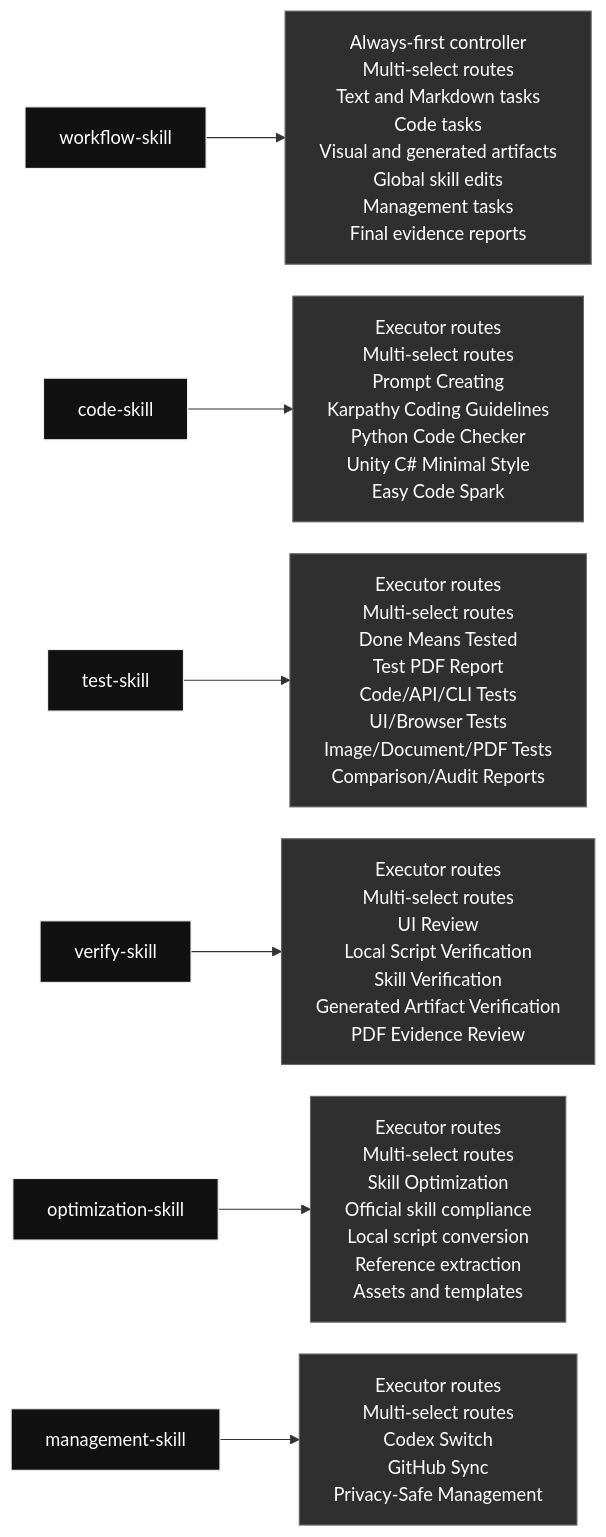
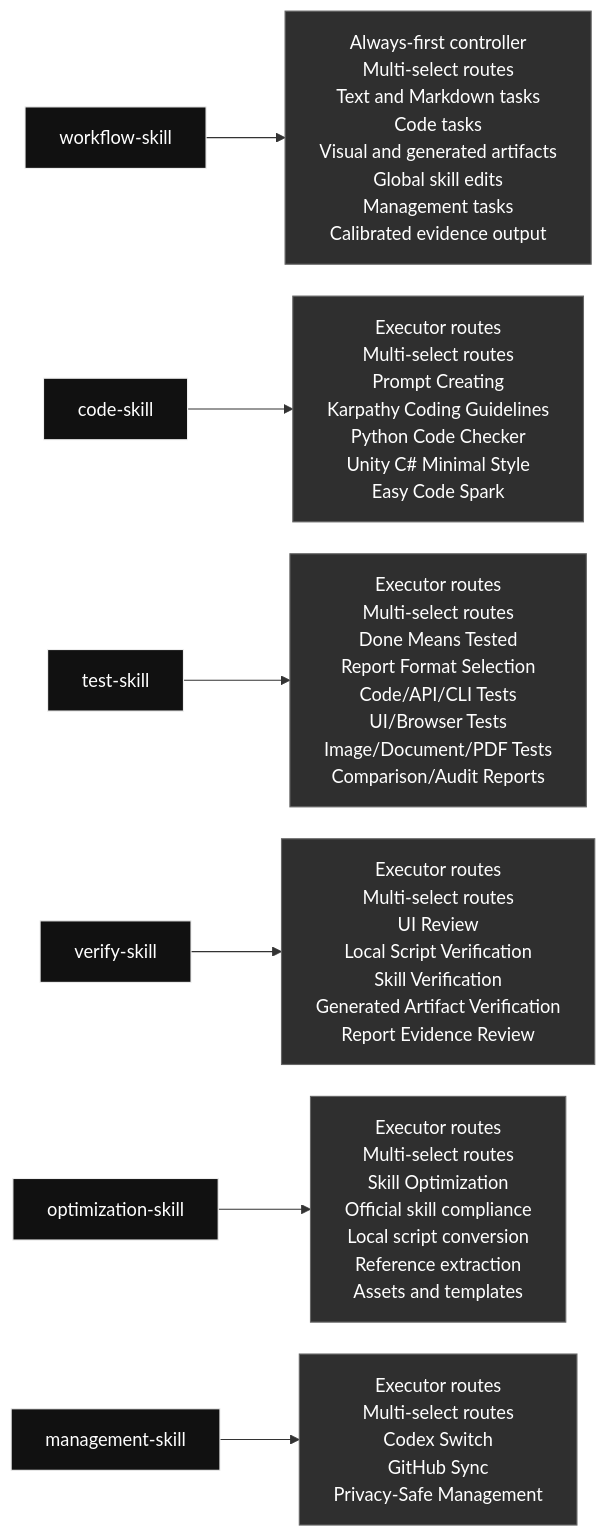
The diagram in README.md (qinbatista/qin-codex-skills), drawn with Mermaid before and after one commit. The commit also changed other lines of this file and 9 other files, not shown here.

Commit message:
Calibrate report artifact generation

````diff
--- a/README.md
+++ b/README.md
@@ -7,14 +7,14 @@
 ```mermaid
 %%{init: {"flowchart": {"nodeSpacing": 28, "rankSpacing": 54, "wrappingWidth": 240}}}%%
 flowchart LR
-  skill_workflow_skill["workflow-skill"] --> inside_workflow_skill["Always-first controller<br/>Multi-select routes<br/>Text and Markdown tasks<br/>Code tasks<br/>Visual and generated artifacts<br/>Global skill edits<br/>Management tasks<br/>Final evidence reports"]
+  skill_workflow_skill["workflow-skill"] --> inside_workflow_skill["Always-first controller<br/>Multi-select routes<br/>Text and Markdown tasks<br/>Code tasks<br/>Visual and generated artifacts<br/>Global skill edits<br/>Management tasks<br/>Calibrated evidence output"]
   skill_code_skill["code-skill"] --> inside_code_skill["Executor routes<br/>Multi-select routes<br/>Prompt Creating<br/>Karpathy Coding Guidelines<br/>Python Code Checker<br/>Unity C# Minimal Style<br/>Easy Code Spark"]
-  skill_test_skill["test-skill"] --> inside_test_skill["Executor routes<br/>Multi-select routes<br/>Done Means Tested<br/>Test PDF Report<br/>Code/API/CLI Tests<br/>UI/Browser Tests<br/>Image/Document/PDF Tests<br/>Comparison/Audit Reports"]
-  skill_verify_skill["verify-skill"] --> inside_verify_skill["Executor routes<br/>Multi-select routes<br/>UI Review<br/>Local Script Verification<br/>Skill Verification<br/>Generated Artifact Verification<br/>PDF Evidence Review"]
+  skill_test_skill["test-skill"] --> inside_test_skill["Executor routes<br/>Multi-select routes<br/>Done Means Tested<br/>Report Format Selection<br/>Code/API/CLI Tests<br/>UI/Browser Tests<br/>Image/Document/PDF Tests<br/>Comparison/Audit Reports"]
+  skill_verify_skill["verify-skill"] --> inside_verify_skill["Executor routes<br/>Multi-select routes<br/>UI Review<br/>Local Script Verification<br/>Skill Verification<br/>Generated Artifact Verification<br/>Report Evidence Review"]
   skill_optimization_skill["optimization-skill"] --> inside_optimization_skill["Executor routes<br/>Multi-select routes<br/>Skill Optimization<br/>Official skill compliance<br/>Local script conversion<br/>Reference extraction<br/>Assets and templates"]
   skill_management_skill["management-skill"] --> inside_management_skill["Executor routes<br/>Multi-select routes<br/>Codex Switch<br/>GitHub Sync<br/>Privacy-Safe Management"]
   classDef skill fill:#111,color:#fff,stroke:#eee;
   classDef content fill:#2f2f2f,color:#fff,stroke:#666;
   class skill_workflow_skill,skill_code_skill,skill_test_skill,skill_verify_skill,skill_optimization_skill,skill_management_skill skill;
   class inside_workflow_skill,inside_code_skill,inside_test_skill,inside_verify_skill,inside_optimization_skill,inside_management_skill content;
 ```
````
